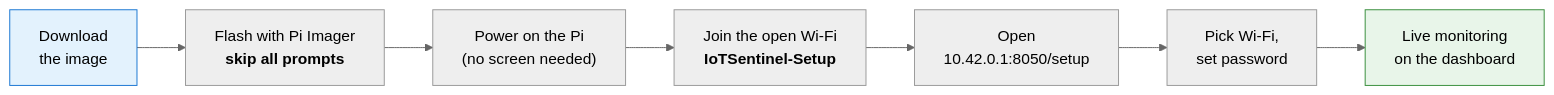
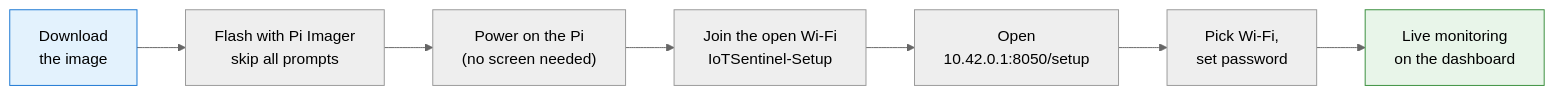
The third of 4 diagrams in README.md (ritiksah141/iotsentinel), drawn with Mermaid (neutral theme) before and after one commit. The commit also changed 2 other files, not shown here.

Commit message:
fix(docs): render setup-flow diagram as valid-XML SVG
  The Mermaid SVG used foreignObject HTML labels with unclosed <br> tags, which
  is invalid XML and broke when the .svg is opened standalone (e.g. an IDE's
  Markdown preview of START_HERE.md). Re-rendered with htmlLabels:false (pure-SVG
  text labels) and dropped the <b> tags that pure-SVG labels render literally.

````diff
--- a/README.md
+++ b/README.md
@@ -266,11 +266,11 @@
 ```mermaid
 flowchart LR
-    A["Download<br/>the image"] --> B["Flash with Pi Imager<br/><b>skip all prompts</b>"]
+    A["Download<br/>the image"] --> B["Flash with Pi Imager<br/>skip all prompts"]
     B --> C["Power on the Pi<br/>(no screen needed)"]
-    C --> D["Join the open Wi-Fi<br/><b>IoTSentinel-Setup</b>"]
+    C --> D["Join the open Wi-Fi<br/>IoTSentinel-Setup"]
     D --> E["Open<br/>10.42.0.1:8050/setup"]
     E --> F["Pick Wi-Fi,<br/>set password"]
     F --> G["Live monitoring<br/>on the dashboard"]
     style A fill:#e3f2fd,stroke:#1976d2
     style G fill:#e8f5e9,stroke:#388e3c
 ```
````
